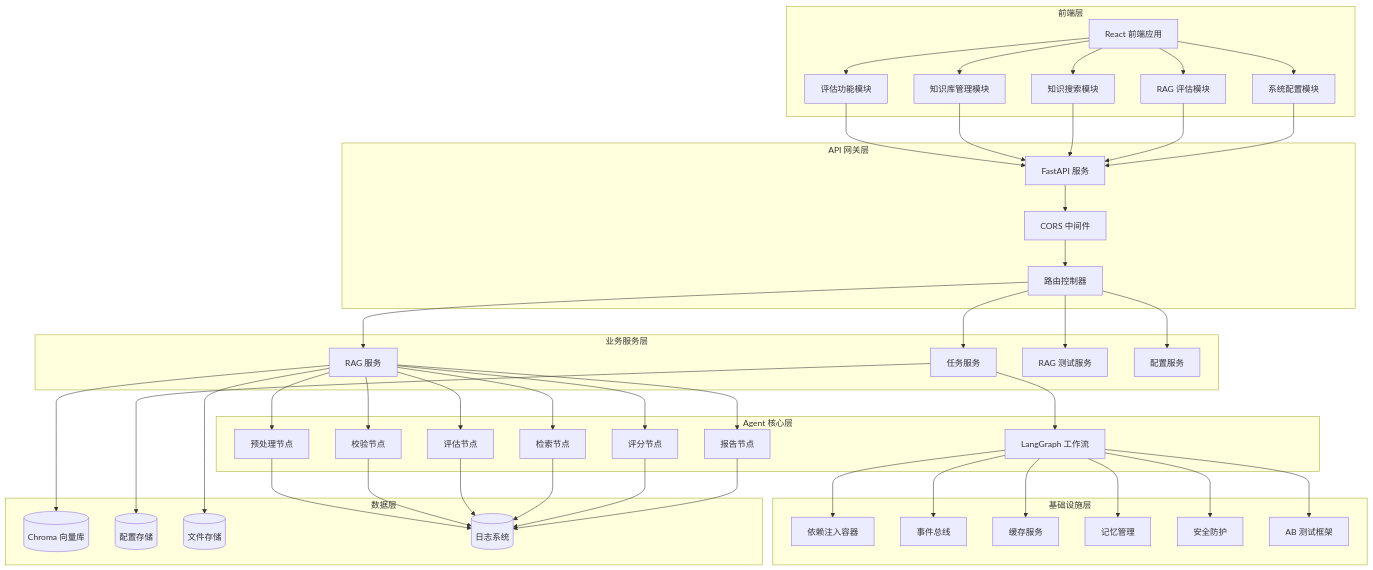
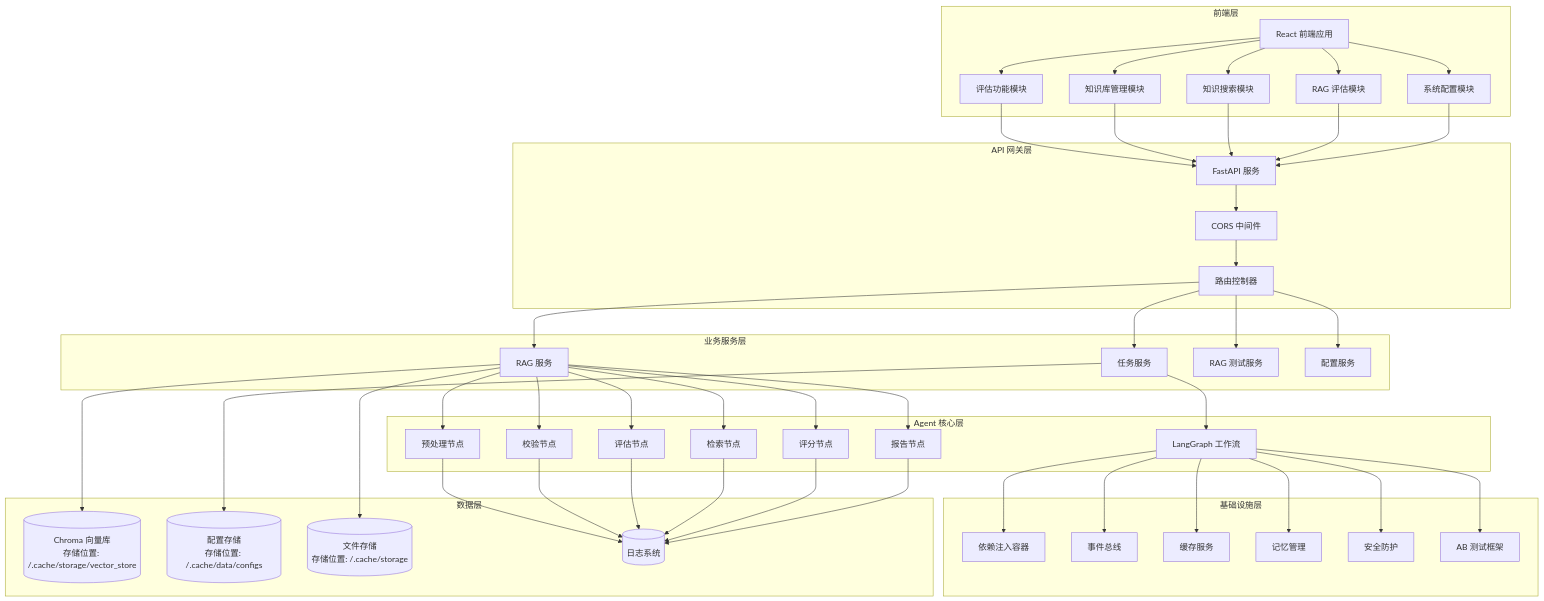
Before and after one commit to OWEN-DK/child-development-assessment-agent: the first of 3 diagrams in CLAUDE.md, drawn with Mermaid. The commit also changed 52 other files, not shown here.

```diff
--- a/CLAUDE.md
+++ b/CLAUDE.md
@@ -87,9 +87,9 @@
     end
     
     subgraph 数据层
-        Chroma[(Chroma 向量库)]
-        ConfigDB[(配置存储)]
-        Files[(文件存储)]
+        Chroma[(Chroma 向量库<br/>存储位置: /.cache/storage/vector_store)]
+        ConfigDB[(配置存储<br/>存储位置: /.cache/data/configs)]
+        Files[(文件存储<br/>存储位置: /.cache/storage)]
         Logs[(日志系统)]
     end
     
```
